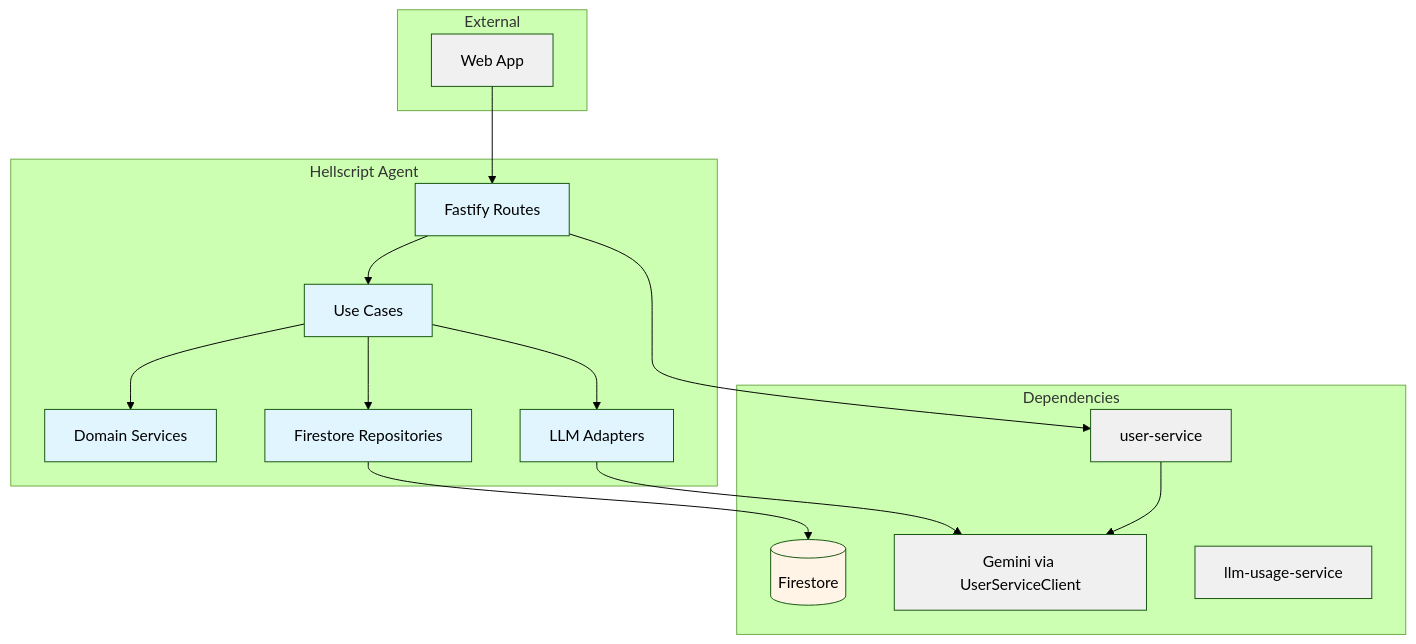
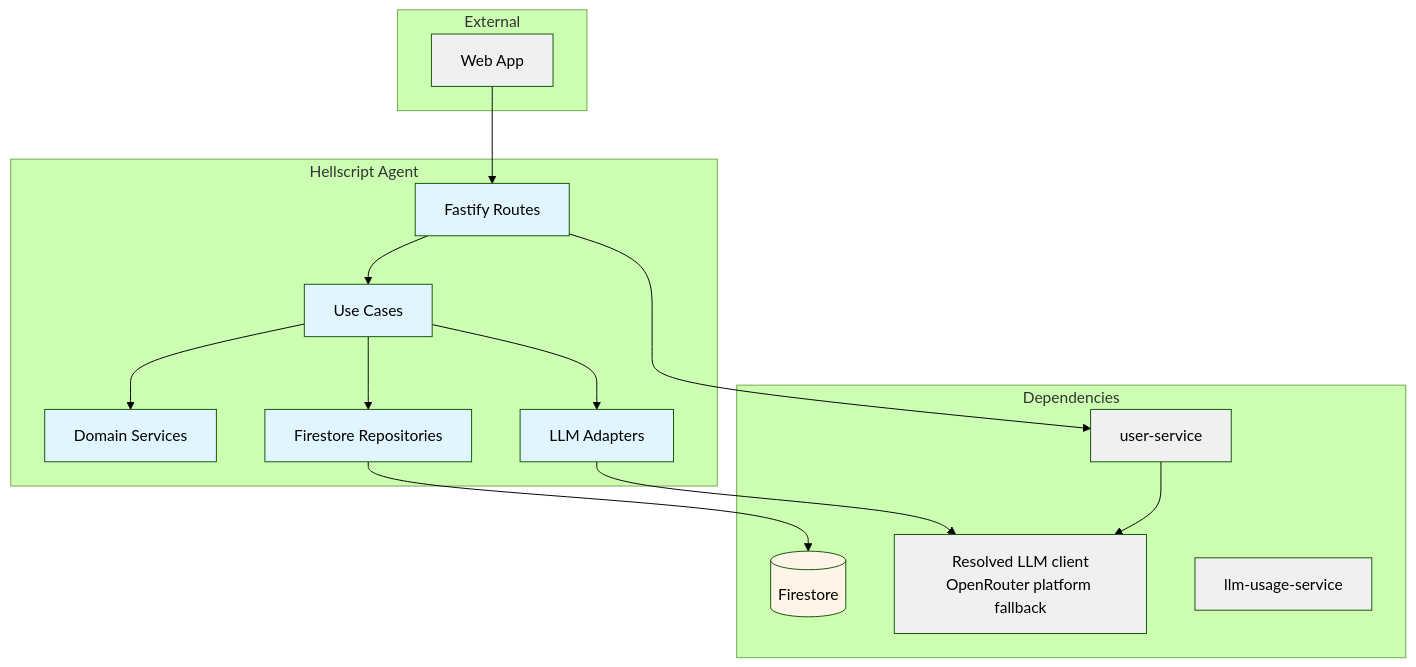
The first of 2 diagrams in docs/services/hellscript-agent/technical.md (pbuchman/intexuraos), drawn with Mermaid (forest theme) before and after one commit. The commit also changed other lines of this file and 267 other files, not shown here.

Commit message:
fix: route Google AI traffic through OpenRouter

````diff
--- a/docs/services/hellscript-agent/technical.md
+++ b/docs/services/hellscript-agent/technical.md
@@ -9,39 +9,39 @@
 ```mermaid
 graph TB
     subgraph "External"
         WebUI[Web App]
     end
 
     subgraph "Hellscript Agent"
         API[Fastify Routes]
         UC[Use Cases]
         DS[Domain Services]
         LLM[LLM Adapters]
         Repo[Firestore Repositories]
     end
 
     subgraph "Dependencies"
         Firestore[(Firestore)]
         UserSvc[user-service]
-        Gemini[Gemini via UserServiceClient]
+        ResolvedLLM[Resolved LLM client<br/>OpenRouter platform fallback]
         UsageSvc[llm-usage-service]
     end
 
     WebUI --> API
     API --> UC
     UC --> DS
     UC --> LLM
     UC --> Repo
     API --> UserSvc
-    UserSvc --> Gemini
+    UserSvc --> ResolvedLLM
     Repo --> Firestore
-    LLM --> Gemini
+    LLM --> ResolvedLLM
 
     classDef service fill:#e1f5ff
     classDef storage fill:#fff4e6
     classDef external fill:#f0f0f0
 
     class API,UC,DS,LLM,Repo service
     class Firestore storage
-    class WebUI,Gemini,UserSvc,UsageSvc external
+    class WebUI,ResolvedLLM,UserSvc,UsageSvc external
 ```
````
